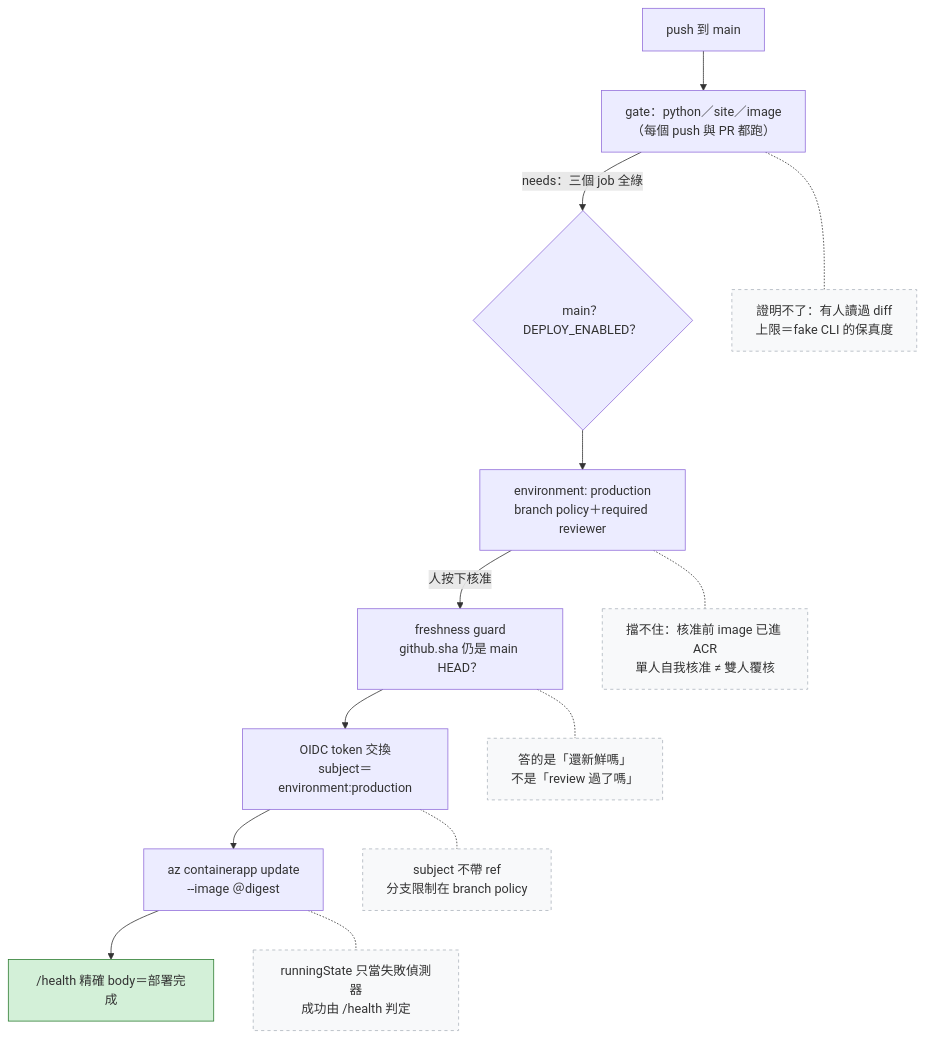
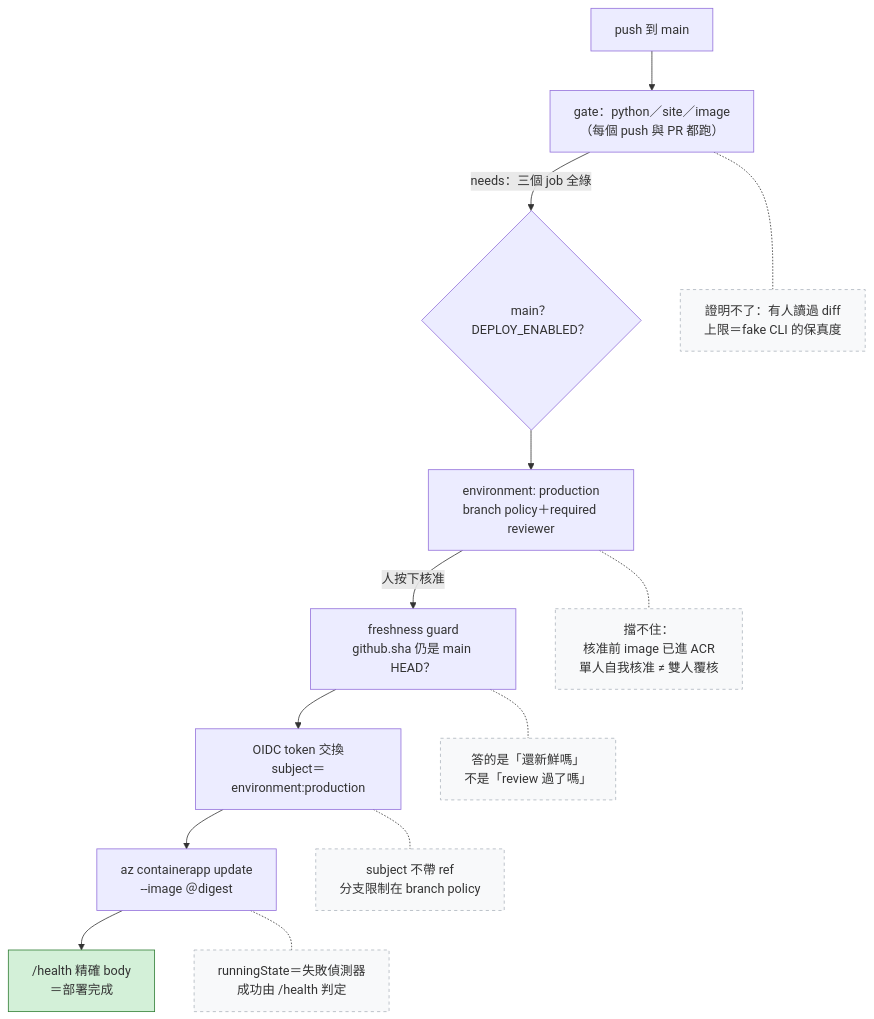
Before and after one commit to kehao-playground/azure-genai-backend-lab: the diagram in docs/diagrams/cicd-defense-boundaries.zh-tw.mmd, drawn with Mermaid.

Commit message:
docs: explicit line breaks in zh-TW diagram labels (avoid mid-word CJK wraps)

```diff
--- a/docs/diagrams/cicd-defense-boundaries.zh-tw.mmd
+++ b/docs/diagrams/cicd-defense-boundaries.zh-tw.mmd
@@ -1,24 +1,24 @@
 %% Publication source (zh-TW) for the Day 25 article figure.
 %% English semantic companion: cicd-defense-boundaries.md — keep the two in the same topology.
 %% The planning repo stores only the rendered PNG snapshot (proposal 005).
 flowchart TD
     P["push 到 main"] --> G["gate：python／site／image<br/>（每個 push 與 PR 都跑）"]
     G -->|"needs：三個 job 全綠"| Q{"main？DEPLOY_ENABLED？"}
     Q --> E["environment: production<br/>branch policy＋required reviewer"]
     E -->|"人按下核准"| F["freshness guard<br/>github.sha 仍是 main HEAD？"]
     F --> O["OIDC token 交換<br/>subject＝environment:production"]
     O --> D["az containerapp update<br/>--image ＠digest"]
-    D --> H["/health 精確 body＝部署完成"]
+    D --> H["/health 精確 body<br/>＝部署完成"]
 
     G -.- gN["證明不了：有人讀過 diff<br/>上限＝fake CLI 的保真度"]
-    E -.- eN["擋不住：核准前 image 已進 ACR<br/>單人自我核准 ≠ 雙人覆核"]
+    E -.- eN["擋不住：<br/>核准前 image 已進 ACR<br/>單人自我核准 ≠ 雙人覆核"]
     F -.- fN["答的是「還新鮮嗎」<br/>不是「review 過了嗎」"]
     O -.- oN["subject 不帶 ref<br/>分支限制在 branch policy"]
-    D -.- dN["runningState 只當失敗偵測器<br/>成功由 /health 判定"]
+    D -.- dN["runningState＝失敗偵測器<br/>成功由 /health 判定"]
 
     style H fill:#d3f0d8,stroke:#2e7d32
     style gN fill:#f8f9fa,stroke:#adb5bd,stroke-dasharray:4
     style eN fill:#f8f9fa,stroke:#adb5bd,stroke-dasharray:4
     style fN fill:#f8f9fa,stroke:#adb5bd,stroke-dasharray:4
     style oN fill:#f8f9fa,stroke:#adb5bd,stroke-dasharray:4
     style dN fill:#f8f9fa,stroke:#adb5bd,stroke-dasharray:4
```
